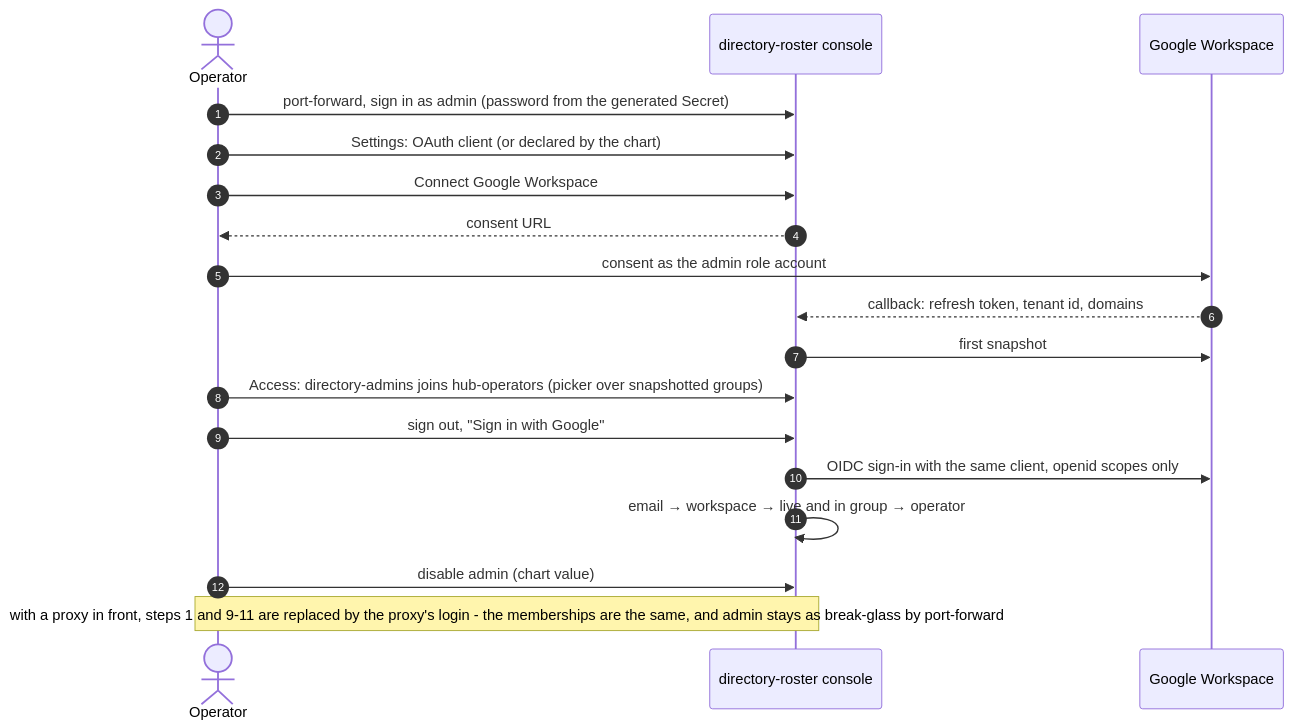
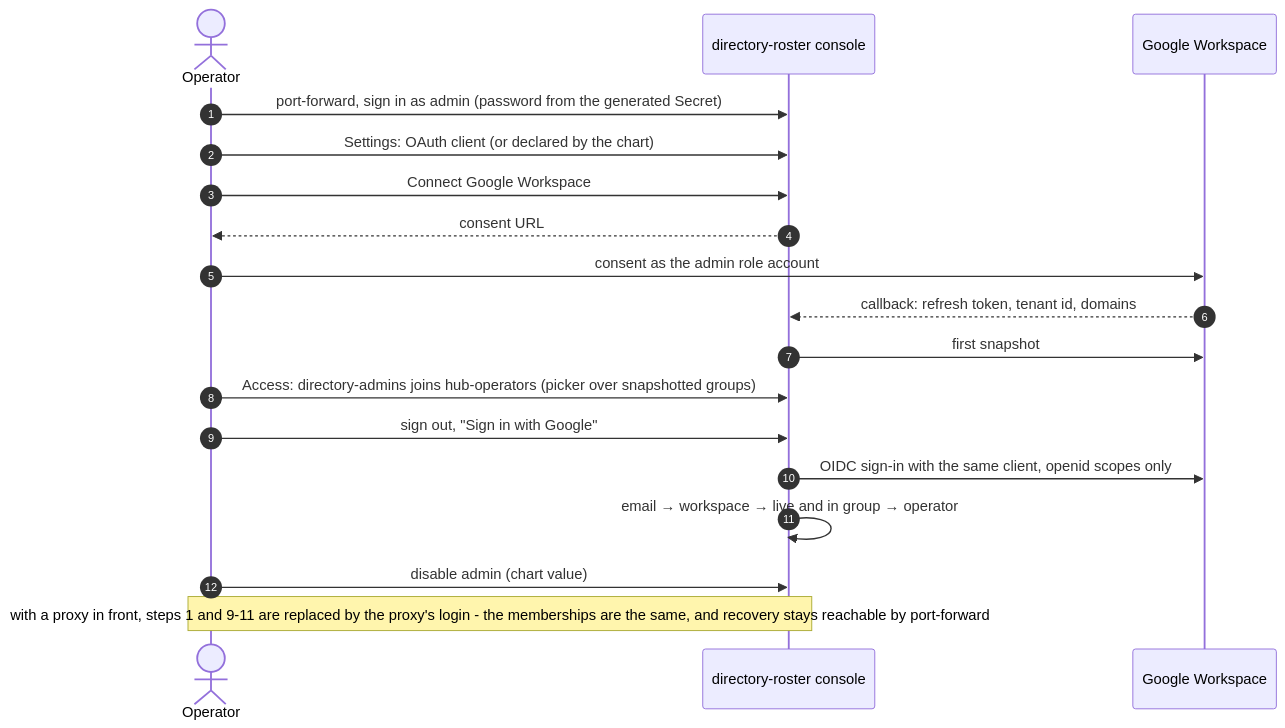
Before and after one commit to truvity/access-roster: diagram 11 of 11 in docs/architecture.md, drawn with Mermaid. The commit also changed other lines of this file and 31 other files, not shown here.

````diff
--- a/docs/architecture.md
+++ b/docs/architecture.md
@@ -382,20 +383,20 @@
 ```mermaid
 sequenceDiagram
   autonumber
   actor O as Operator
   participant H as directory-roster console
   participant G as Google Workspace
   O->>H: port-forward, sign in as admin (password from the generated Secret)
   O->>H: Settings: OAuth client (or declared by the chart)
   O->>H: Connect Google Workspace
   H-->>O: consent URL
   O->>G: consent as the admin role account
   G-->>H: callback: refresh token, tenant id, domains
   H->>G: first snapshot
   O->>H: Access: directory-admins joins hub-operators (picker over snapshotted groups)
   O->>H: sign out, "Sign in with Google"
   H->>G: OIDC sign-in with the same client, openid scopes only
   H->>H: email → workspace → live and in group → operator
   O->>H: disable admin (chart value)
-  Note over O,H: with a proxy in front, steps 1 and 9-11 are replaced by the proxy's login - the memberships are the same, and admin stays as break-glass by port-forward
+  Note over O,H: with a proxy in front, steps 1 and 9-11 are replaced by the proxy's login - the memberships are the same, and recovery stays reachable by port-forward
 ```
````
